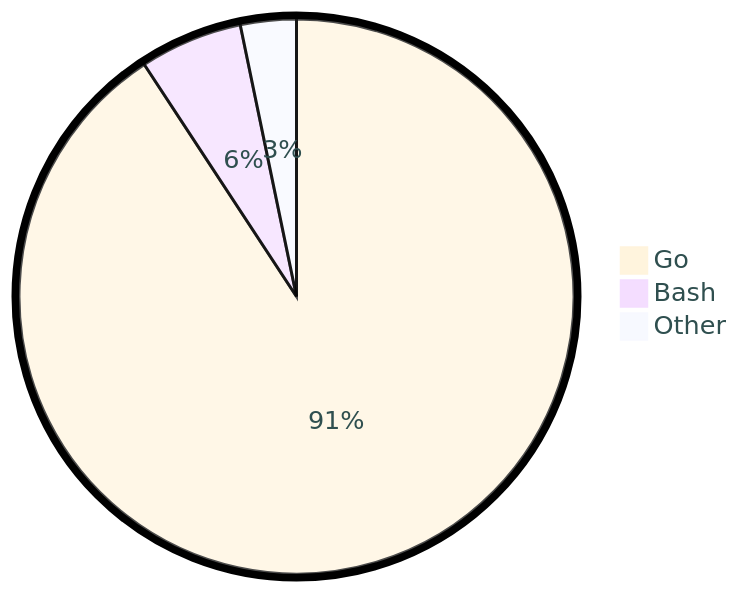
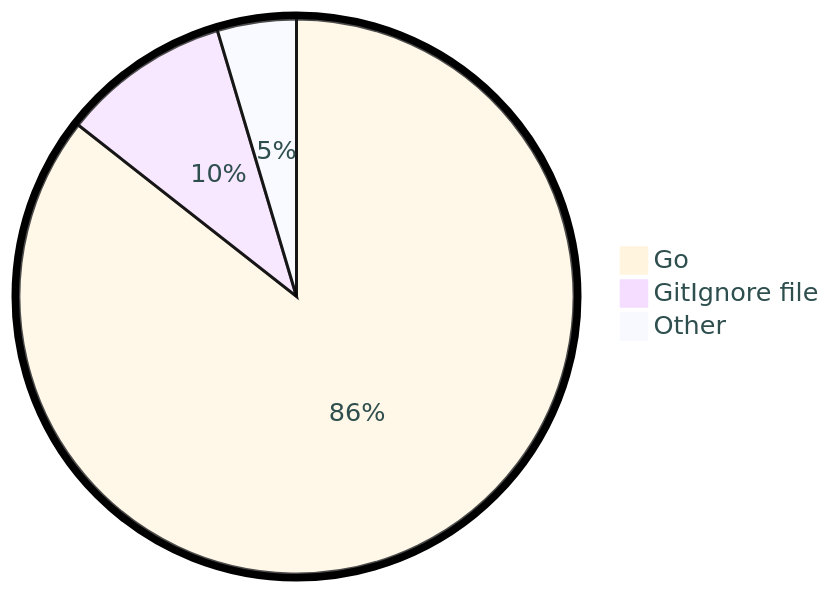
The diagram in README.md (tot0p/tot0p), drawn with Mermaid before and after one commit. The commit also changed other lines of this file, not shown here.

````diff
--- a/README.md
+++ b/README.md
@@ -74,7 +77,7 @@
 ```mermaid
 %%{init: {"pie": {"textPosition": 0.5}, "themeVariables": {"pieOuterStrokeWidth": "5px","primaryTextColor" : "#2F4F4F"},"theme":"base"} }%%
 pie
-	"Go": 90.75
-	"Bash": 5.99
-	"Other": 3.25
+	"Go": 85.6
+	"GitIgnore file": 9.8
+	"Other": 4.6000000000000005
 ```
````
